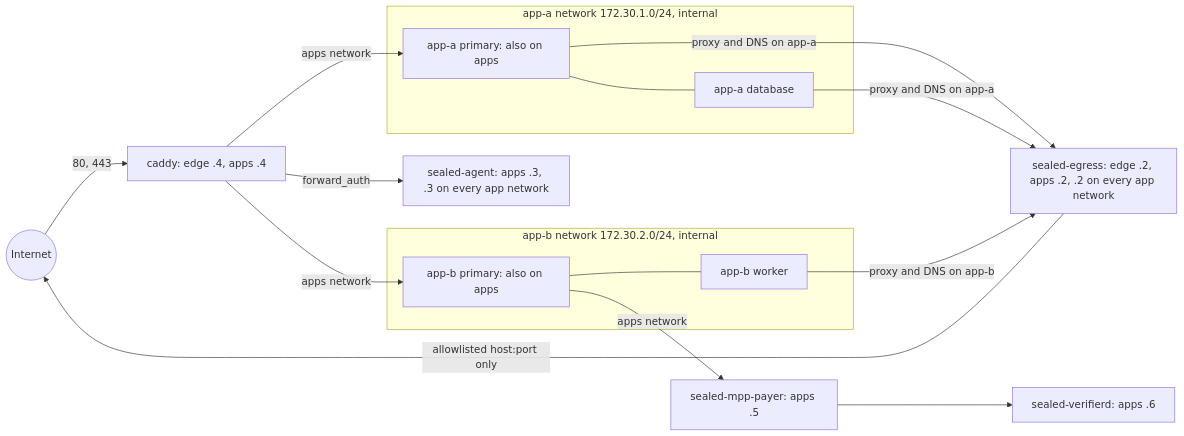
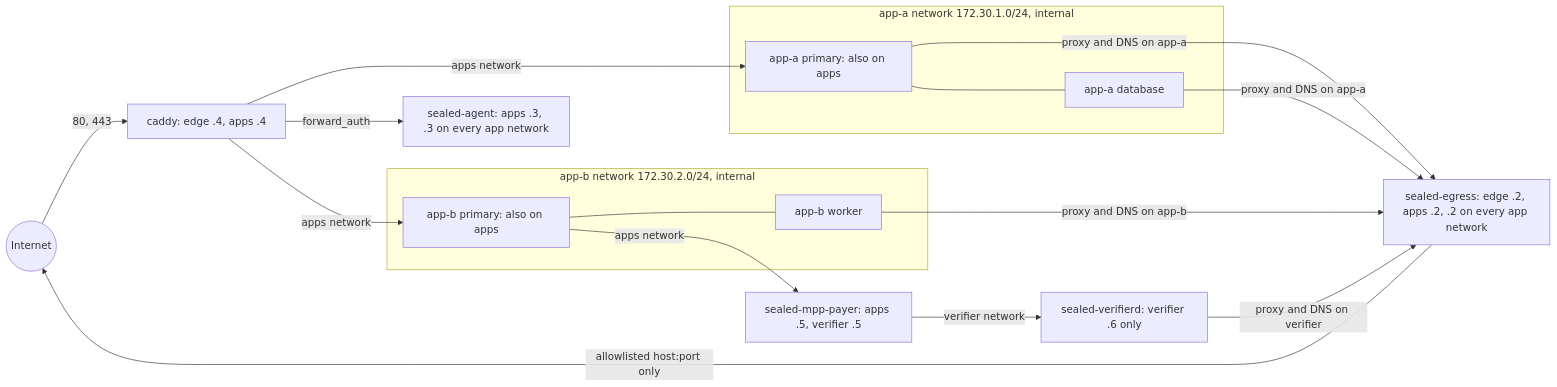
Before and after one commit to sealedtempo/sealed: the third of 3 diagrams in docs/ARCHITECTURE.md, drawn with Mermaid. The commit also changed other lines of this file and 3 other files, not shown here.

````diff
--- a/docs/ARCHITECTURE.md
+++ b/docs/ARCHITECTURE.md
@@ -156,29 +156,30 @@
 ```mermaid
 flowchart LR
   NET(("Internet"))
   CDY["caddy: edge .4, apps .4"]
   EGR["sealed-egress: edge .2, apps .2, .2 on every app network"]
   AGT["sealed-agent: apps .3, .3 on every app network"]
-  PAY["sealed-mpp-payer: apps .5"]
-  VFD["sealed-verifierd: apps .6"]
+  PAY["sealed-mpp-payer: apps .5, verifier .5"]
+  VFD["sealed-verifierd: verifier .6 only"]
   subgraph APPA["app-a network 172.30.1.0/24, internal"]
     AP["app-a primary: also on apps"]
     AD["app-a database"]
   end
   subgraph APPB["app-b network 172.30.2.0/24, internal"]
     BP["app-b primary: also on apps"]
     BW["app-b worker"]
   end
   NET -->|"80, 443"| CDY
   CDY -->|"apps network"| AP
   CDY -->|"apps network"| BP
   CDY -->|"forward_auth"| AGT
   AP --- AD
   BP --- BW
   AP -->|"proxy and DNS on app-a"| EGR
   AD -->|"proxy and DNS on app-a"| EGR
   BW -->|"proxy and DNS on app-b"| EGR
   BP -->|"apps network"| PAY
-  PAY --> VFD
+  PAY -->|"verifier network"| VFD
+  VFD -->|"proxy and DNS on verifier"| EGR
   EGR -->|"allowlisted host:port only"| NET
 ```
````
